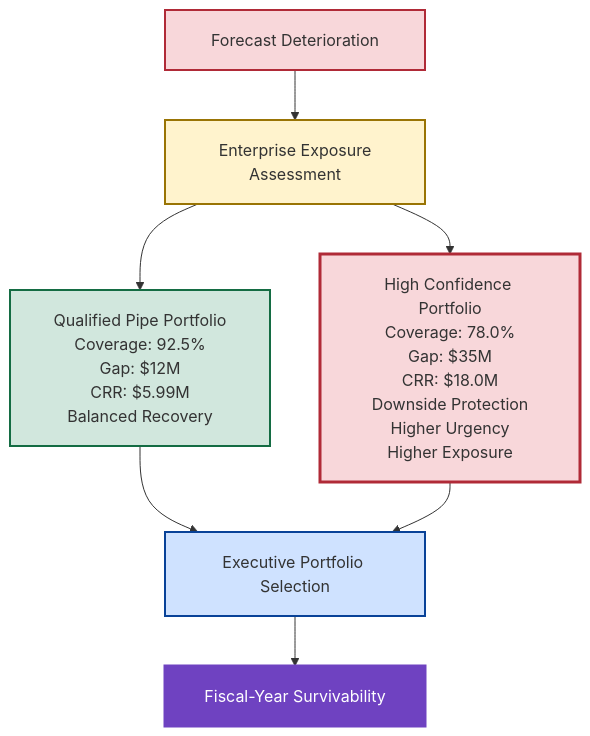
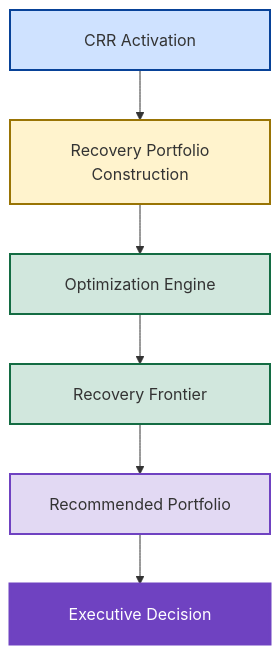
Before and after one commit to AwesomeAnil/newbridge-saas-operating-system: the first of 3 diagrams in 09_Recovery_Optimization/recovery-optimization.md, drawn with Mermaid. The commit also changed other lines of this file, not shown here.

First line of the commit message:
Update recovery-optimization.md

````diff
--- a/09_Recovery_Optimization/recovery-optimization.md
+++ b/09_Recovery_Optimization/recovery-optimization.md
@@ -68,21 +76,17 @@
 ```mermaid
 flowchart TD
 
-    A["<table><tr><td width='350' align='center'>Forecast Deterioration</td></tr></table>"] --> B["<table><tr><td width='350' align='center'>Enterprise Exposure<br/>Assessment</td></tr></table>"]
-    
-    B --> C["<table><tr><td width='350' align='center'>Qualified Pipe Portfolio<br/>Coverage: 92.5%<br/>Gap: $12M<br/>CRR: $5.99M<br/>Balanced Recovery</td></tr></table>"]
-    B --> D["<table><tr><td width='350' align='center'>High Confidence Portfolio<br/>Coverage: 78.0%<br/>Gap: $35M<br/>CRR: $18.0M<br/>Downside Protection<br/>Higher Urgency<br/>Higher Exposure</td></tr></table>"]
-    
-    C --> E["<table><tr><td width='350' align='center'>Executive Portfolio Selection</td></tr></table>"]
-    D --> E
-    
-    E --> F["<table><tr><td width='350' align='center'>Fiscal-Year Survivability</td></tr></table>"]
+    A["<table><tr><td width='350' align='center'>CRR Activation</td></tr></table>"] --> B["<table><tr><td width='350' align='center'>Recovery Portfolio<br/>Construction</td></tr></table>"]
+    B --> C["<table><tr><td width='350' align='center'>Optimization Engine</td></tr></table>"]
+    C --> D["<table><tr><td width='350' align='center'>Recovery Frontier</td></tr></table>"]
+    D --> E["<table><tr><td width='350' align='center'>Recommended Portfolio</td></tr></table>"]
+    E --> F["<table><tr><td width='350' align='center'>Executive Decision</td></tr></table>"]
 
     %% Individual Node Color Overrides
-    style A fill:#f8d7da,stroke:#b02a37,stroke-width:2px
+    style A fill:#cfe2ff,stroke:#084298,stroke-width:2px
     style B fill:#fff3cd,stroke:#997404,stroke-width:2px
     style C fill:#d1e7dd,stroke:#146c43,stroke-width:2px
-    style D fill:#f8d7da,stroke:#b02a37,stroke-width:3px
-    style E fill:#cfe2ff,stroke:#084298,stroke-width:2px
+    style D fill:#d1e7dd,stroke:#146c43,stroke-width:2px
+    style E fill:#e2d9f3,stroke:#6f42c1,stroke-width:2px
     style F fill:#6f42c1,color:#ffffff,stroke:#6f42c1,stroke-width:3px
 ```
````
